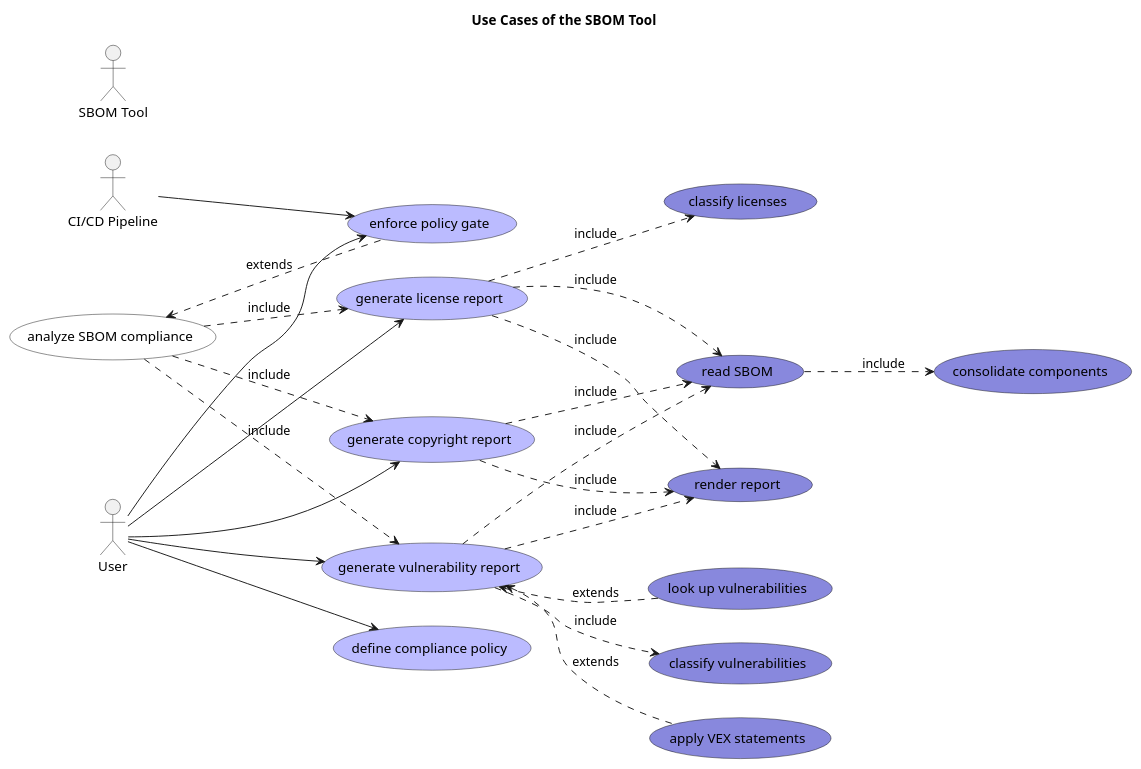
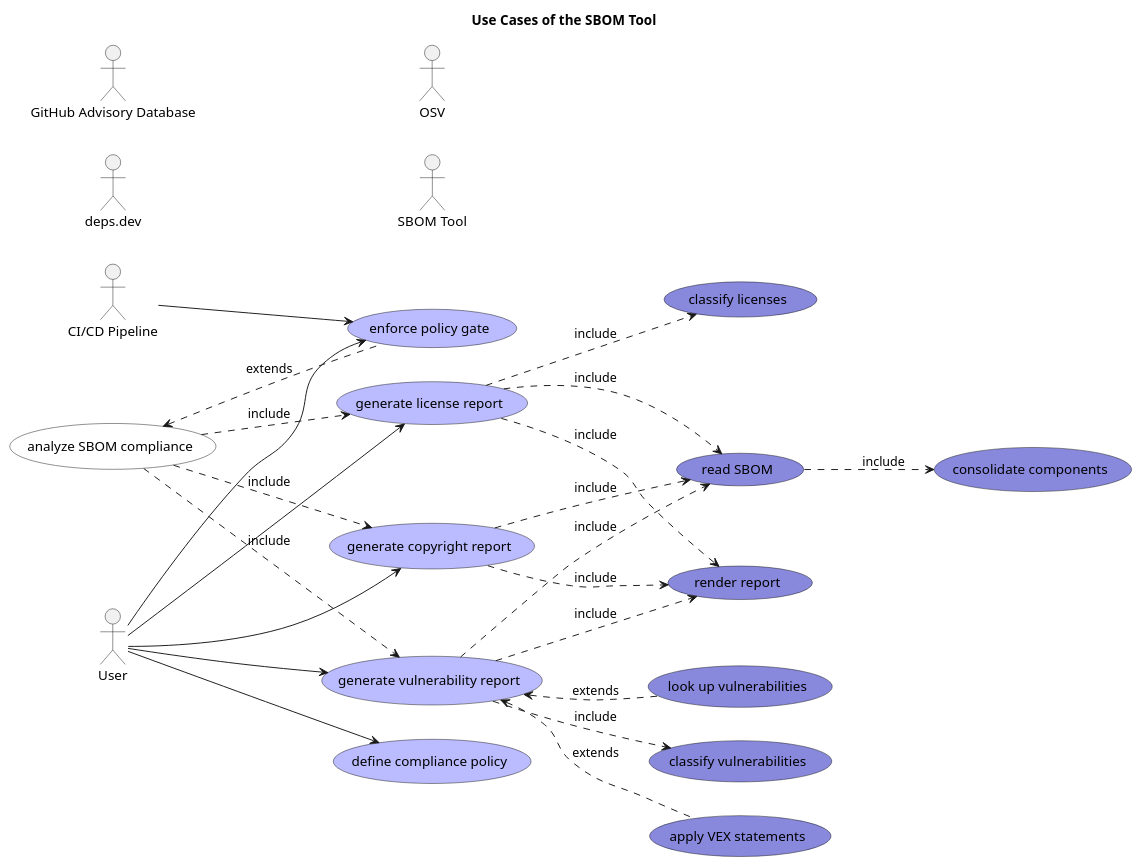
The diagram in docs/sbom-tool/use-case-view.puml (lsolbach/sbom-tool), drawn with PlantUML before and after one commit. The commit also changed 74 other files, not shown here.

```diff
--- a/docs/sbom-tool/use-case-view.puml
+++ b/docs/sbom-tool/use-case-view.puml
@@ -1,41 +1,44 @@
 @startuml use-case-view
 left to right direction
 title Use Cases of the SBOM Tool
 usecase "generate copyright report" as (sbomTool_usecase_generateCopyrightReport) #BBBBFF
+actor "GitHub Advisory Database" as sbomTool_githubAdvisory
+actor "deps.dev" as sbomTool_depsDev
 actor "CI/CD Pipeline" as sbomTool_ciPipeline
+actor "OSV" as sbomTool_osv
 usecase "analyze SBOM compliance" as (sbomTool_usecase_analyzeSbomCompliance) #FFFFFF
 usecase "look up vulnerabilities" as (sbomTool_usecase_lookupVulnerabilities) #8888DD
 actor "User" as sbomTool_user
 usecase "define compliance policy" as (sbomTool_usecase_defineCompliancePolicy) #BBBBFF
 actor "SBOM Tool" as sbomTool_sbomTool
 usecase "read SBOM" as (sbomTool_usecase_readSbom) #8888DD
 usecase "apply VEX statements" as (sbomTool_usecase_applyVexStatements) #8888DD
 usecase "consolidate components" as (sbomTool_usecase_consolidateComponents) #8888DD
 usecase "render report" as (sbomTool_usecase_renderReport) #8888DD
 usecase "enforce policy gate" as (sbomTool_usecase_enforcePolicyGate) #BBBBFF
 usecase "generate vulnerability report" as (sbomTool_usecase_generateVulnerabilityReport) #BBBBFF
 usecase "classify licenses" as (sbomTool_usecase_classifyLicenses) #8888DD
 usecase "generate license report" as (sbomTool_usecase_generateLicenseReport) #BBBBFF
 usecase "classify vulnerabilities" as (sbomTool_usecase_classifyVulnerabilities) #8888DD
 sbomTool_ciPipeline --> sbomTool_usecase_enforcePolicyGate
 sbomTool_user --> sbomTool_usecase_defineCompliancePolicy
 sbomTool_usecase_applyVexStatements .up.> sbomTool_usecase_generateVulnerabilityReport : extends
 sbomTool_usecase_generateCopyrightReport .down.> sbomTool_usecase_readSbom : include
 sbomTool_user --> sbomTool_usecase_enforcePolicyGate
 sbomTool_usecase_generateVulnerabilityReport .down.> sbomTool_usecase_classifyVulnerabilities : include
 sbomTool_user --> sbomTool_usecase_generateLicenseReport
 sbomTool_usecase_generateVulnerabilityReport .down.> sbomTool_usecase_readSbom : include
 sbomTool_usecase_analyzeSbomCompliance .down.> sbomTool_usecase_generateVulnerabilityReport : include
 sbomTool_usecase_readSbom .down.> sbomTool_usecase_consolidateComponents : include
 sbomTool_usecase_lookupVulnerabilities .up.> sbomTool_usecase_generateVulnerabilityReport : extends
 sbomTool_usecase_analyzeSbomCompliance .down.> sbomTool_usecase_generateLicenseReport : include
 sbomTool_usecase_generateCopyrightReport .down.> sbomTool_usecase_renderReport : include
 sbomTool_user --> sbomTool_usecase_generateCopyrightReport
 sbomTool_usecase_generateLicenseReport .down.> sbomTool_usecase_classifyLicenses : include
 sbomTool_user --> sbomTool_usecase_generateVulnerabilityReport
 sbomTool_usecase_generateVulnerabilityReport .down.> sbomTool_usecase_renderReport : include
 sbomTool_usecase_enforcePolicyGate .up.> sbomTool_usecase_analyzeSbomCompliance : extends
 sbomTool_usecase_analyzeSbomCompliance .down.> sbomTool_usecase_generateCopyrightReport : include
 sbomTool_usecase_generateLicenseReport .down.> sbomTool_usecase_renderReport : include
 sbomTool_usecase_generateLicenseReport .down.> sbomTool_usecase_readSbom : include
 @enduml
```
